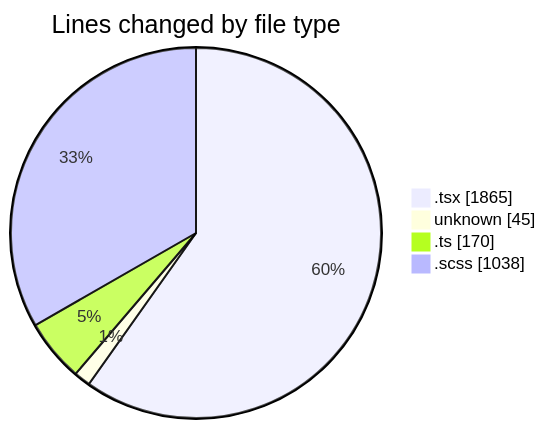
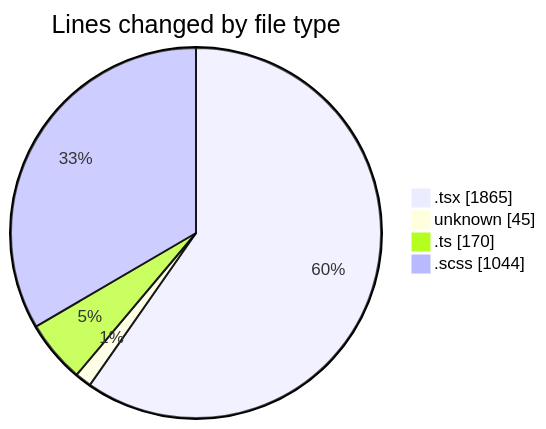
The first of 2 diagrams in 2025-09-01/cda/README.md (momahboobian/code-tracking), drawn with Mermaid before and after one commit. The commit also changed other lines of this file and 1 other file, not shown here.

````diff
--- a/2025-09-01/cda/README.md
+++ b/2025-09-01/cda/README.md
@@ -27,8 +27,8 @@
 ```mermaid
 pie showData
 title Lines changed by file type
 ".tsx" : 1865
 "unknown" : 45
 ".ts" : 170
-".scss" : 1038
+".scss" : 1044
 ```
````
